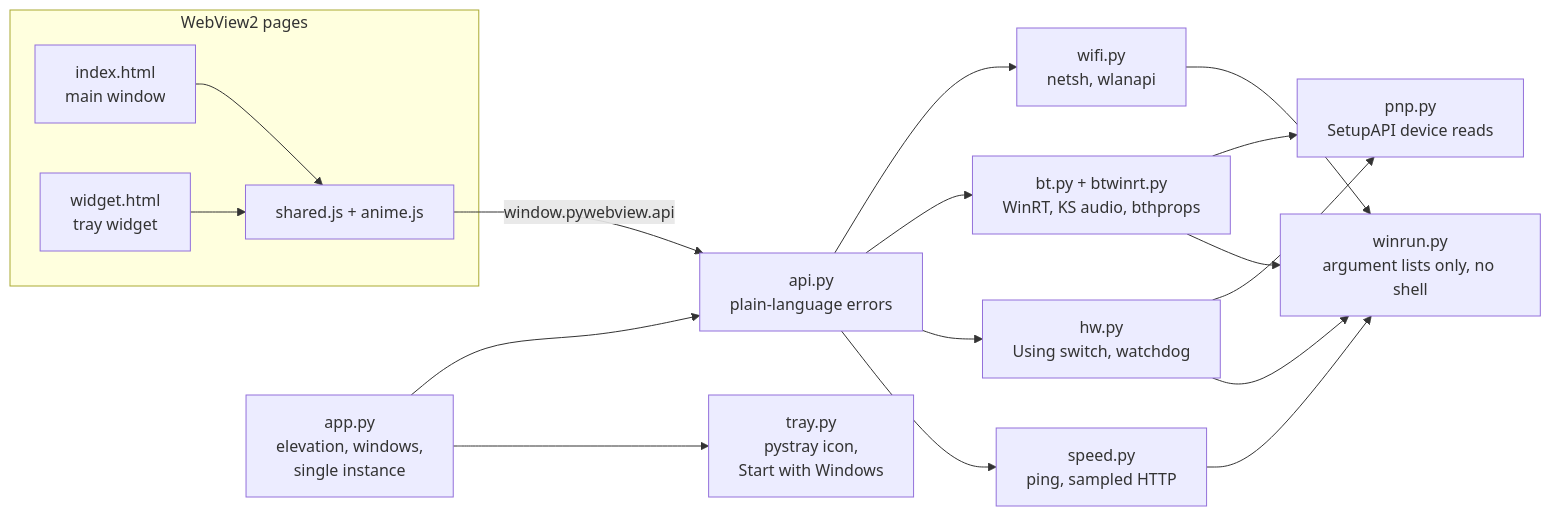
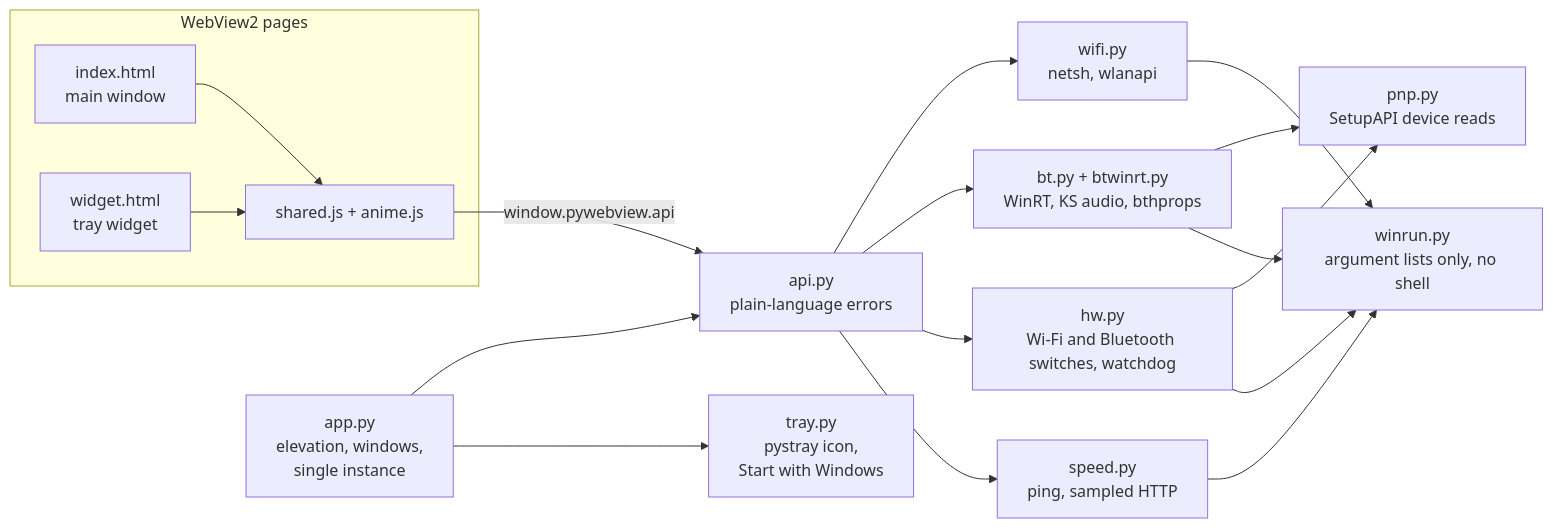
One commit to ApurvDas/unigen-manager changed the diagram in README.md. Above: the diagram before and after it, drawn with Mermaid. The commit also changed other lines of this file, not shown here.

Commit message:
docs: README describes the two switches and the dongle status

````diff
--- a/README.md
+++ b/README.md
@@ -227,23 +229,23 @@
 ```mermaid
 flowchart LR
     subgraph Pages["WebView2 pages"]
         index["index.html<br/>main window"]
         widget["widget.html<br/>tray widget"]
         shared["shared.js + anime.js"]
     end
     app["app.py<br/>elevation, windows,<br/>single instance"] --> api
     app --> tray["tray.py<br/>pystray icon,<br/>Start with Windows"]
     index --> shared
     widget --> shared
     shared -- "window.pywebview.api" --> api["api.py<br/>plain-language errors"]
     api --> wifi["wifi.py<br/>netsh, wlanapi"]
     api --> bt["bt.py + btwinrt.py<br/>WinRT, KS audio, bthprops"]
-    api --> hw["hw.py<br/>Using switch, watchdog"]
+    api --> hw["hw.py<br/>Wi-Fi and Bluetooth switches, watchdog"]
     hw --> pnp["pnp.py<br/>SetupAPI device reads"]
     bt --> pnp
     api --> speed["speed.py<br/>ping, sampled HTTP"]
     hw --> winrun
     wifi --> winrun["winrun.py<br/>argument lists only, no shell"]
     bt --> winrun
     speed --> winrun
 ```
````
